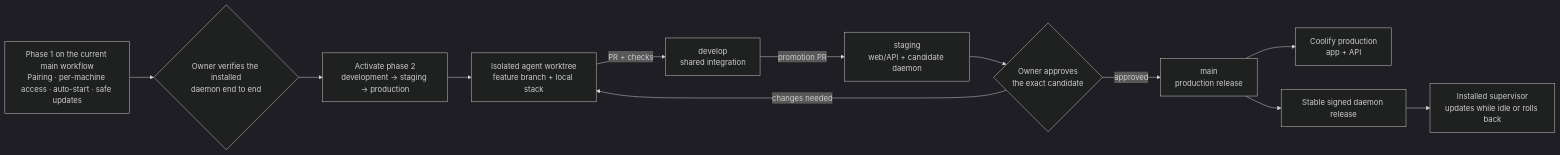
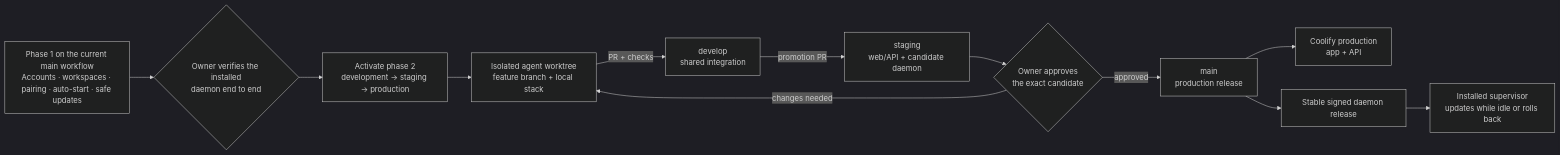
The diagram in docs/runbooks/release-workflow.md (sparstrow/sparstrowgen), drawn with Mermaid (dark theme) before and after one commit. The commit also changed other lines of this file and 5 other files, not shown here.

````diff
--- a/docs/runbooks/release-workflow.md
+++ b/docs/runbooks/release-workflow.md
@@ -12,20 +12,20 @@
 ```mermaid
 flowchart LR
-    P1["Phase 1 on the current main workflow<br/>Pairing · per-machine access · auto-start · safe updates"]
+    P1["Phase 1 on the current main workflow<br/>Accounts · workspaces · pairing · auto-start · safe updates"]
     V1{"Owner verifies the installed<br/>daemon end to end"}
     P2["Activate phase 2<br/>development → staging → production"]
     W["Isolated agent worktree<br/>feature branch + local stack"]
     D["develop<br/>shared integration"]
     S["staging<br/>web/API + candidate daemon"]
     U{"Owner approves<br/>the exact candidate"}
     M["main<br/>production release"]
     C["Coolify production<br/>app + API"]
     R["Stable signed daemon release"]
     I["Installed supervisor<br/>updates while idle or rolls back"]
 
     P1 --> V1 --> P2 --> W -->|PR + checks| D -->|promotion PR| S --> U
     U -->|approved| M
     U -->|changes needed| W
     M --> C
     M --> R --> I
 ```
````
